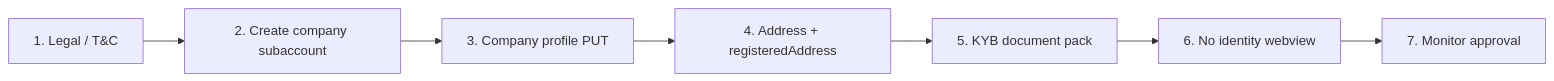
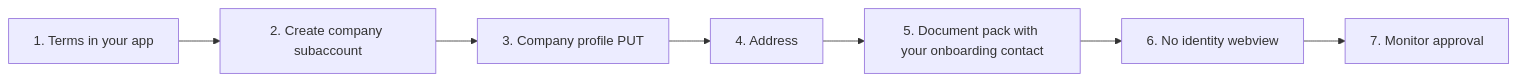
Before and after one commit to api-commits/docs: the diagram in partner/kyb.mdx, drawn with Mermaid. The commit also changed other lines of this file and 38 other files, not shown here.

````diff
--- a/partner/kyb.mdx
+++ b/partner/kyb.mdx
@@ -14,9 +16,9 @@
 ```mermaid
 flowchart LR
-  A[1. Legal / T&C] --> B[2. Create company subaccount]
+  A[1. Terms in your app] --> B[2. Create company subaccount]
   B --> C[3. Company profile PUT]
-  C --> D[4. Address + registeredAddress]
-  D --> E[5. KYB document pack]
+  C --> D[4. Address]
+  D --> E[5. Document pack with your onboarding contact]
   E --> F[6. No identity webview]
   F --> G[7. Monitor approval]
 ```
````
